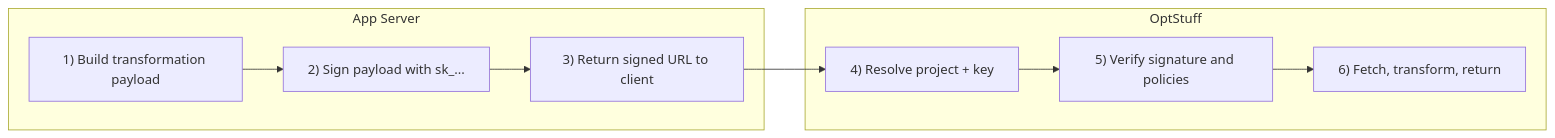
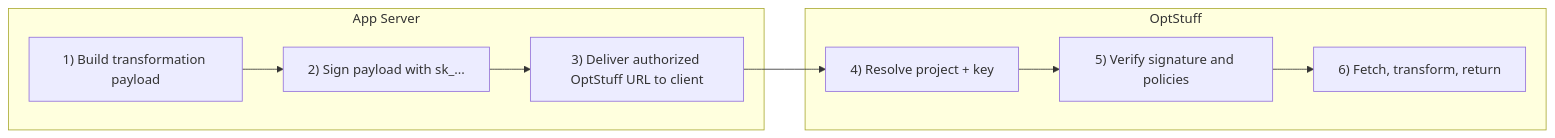
The first of 2 diagrams in apps/docs/content/docs/introduction/core-concepts.mdx (EricTsai83/optstuff), drawn with Mermaid before and after one commit. The commit also changed other lines of this file, not shown here.

First line of the commit message:
Update core concepts documentation to clarify URL delivery methods and authorization-by-signature process

````diff
--- a/apps/docs/content/docs/introduction/core-concepts.mdx
+++ b/apps/docs/content/docs/introduction/core-concepts.mdx
@@ -36,12 +36,12 @@
 ```mermaid
 flowchart LR
   subgraph AppServer["App Server"]
-    A1["1) Build transformation payload"] --> A2["2) Sign payload with sk_..."] --> A3["3) Return signed URL to client"]
+    A1["1) Build transformation payload"] --> A2["2) Sign payload with sk_..."] --> A3["3) Deliver authorized OptStuff URL to client"]
   end
 
   subgraph OptStuff["OptStuff"]
     B1["4) Resolve project + key"] --> B2["5) Verify signature and policies"] --> B3["6) Fetch, transform, return"]
   end
 
   A3 --> B1
 ```
````
